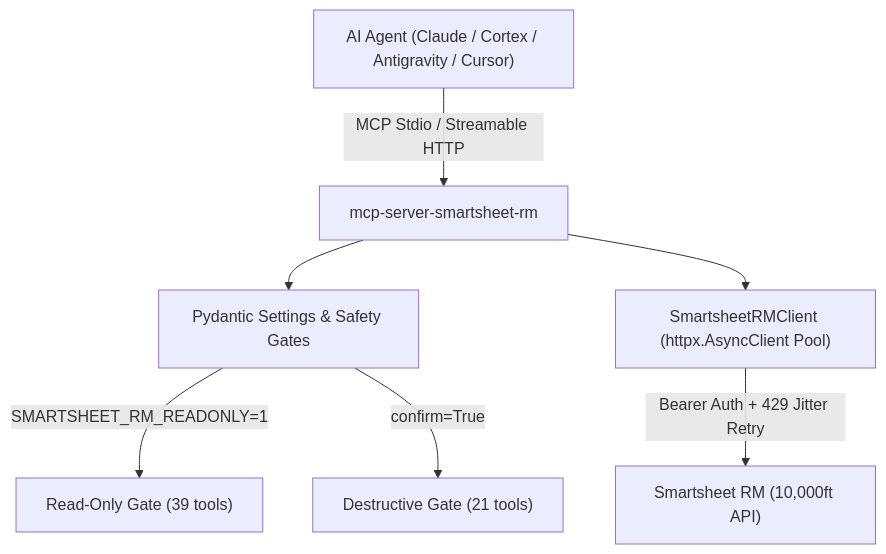
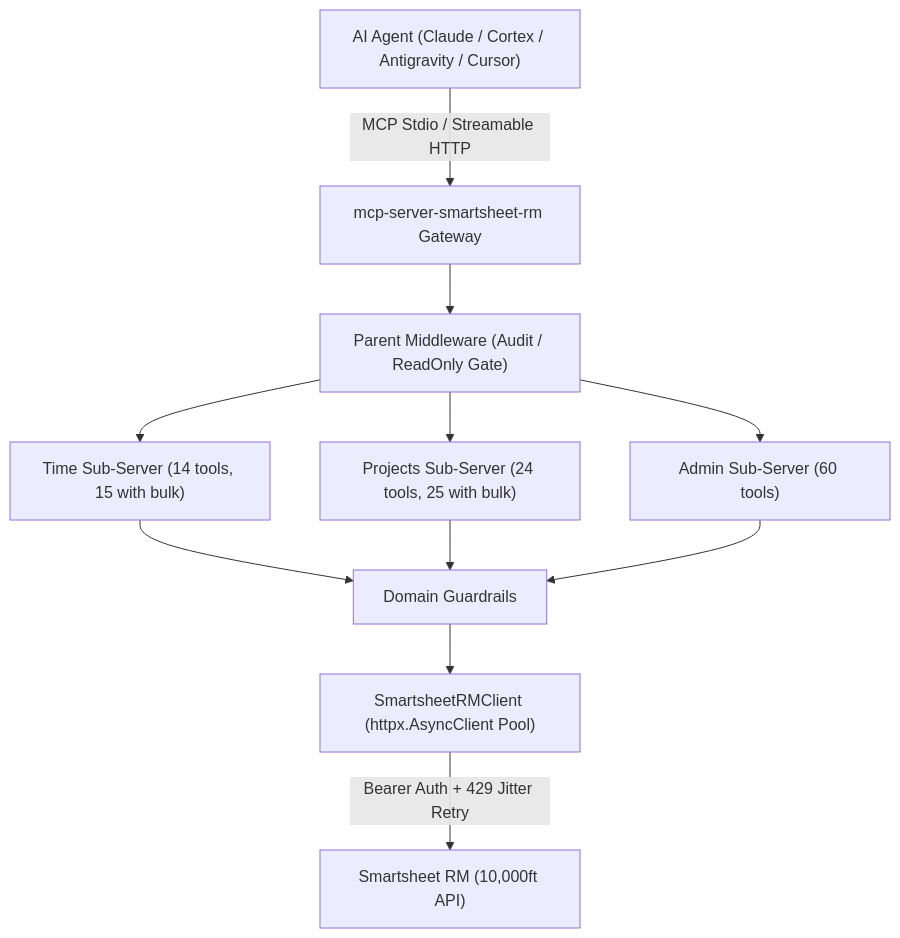
The diagram in README.md (christianclaudio/mcp-server-smartsheet-rm), drawn with Mermaid before and after one commit. The commit also changed other lines of this file and 23 other files, not shown here.

First line of the commit message:
feat(fastmcp): FastMCP 4 Server Composition, Hierarchical Middleware & Domain Sub-Servers (#13)

````diff
--- a/README.md
+++ b/README.md
@@ -18,9 +18,13 @@
 ```mermaid
 graph TD
-    Client["AI Agent (Claude / Cortex / Antigravity / Cursor)"] -->|"MCP Stdio / Streamable HTTP"| Server["mcp-server-smartsheet-rm"]
-    Server --> Config["Pydantic Settings & Safety Gates"]
-    Config -->|"SMARTSHEET_RM_READONLY=1"| RO["Read-Only Gate (39 tools)"]
-    Config -->|"confirm=True"| Destructive["Destructive Gate (21 tools)"]
-    Server --> ClientPool["SmartsheetRMClient (httpx.AsyncClient Pool)"]
+    Client["AI Agent (Claude / Cortex / Antigravity / Cursor)"] -->|"MCP Stdio / Streamable HTTP"| Server["mcp-server-smartsheet-rm Gateway"]
+    Server --> Middle["Parent Middleware (Audit / ReadOnly Gate)"]
+    Middle --> SubTime["Time Sub-Server (14 tools, 15 with bulk)"]
+    Middle --> SubProj["Projects Sub-Server (24 tools, 25 with bulk)"]
+    Middle --> SubAdmin["Admin Sub-Server (60 tools)"]
+    SubTime --> Guards["Domain Guardrails"]
+    SubProj --> Guards
+    SubAdmin --> Guards
+    Guards --> ClientPool["SmartsheetRMClient (httpx.AsyncClient Pool)"]
     ClientPool -->|"Bearer Auth + 429 Jitter Retry"| API["Smartsheet RM (10,000ft API)"]
 ```
````
